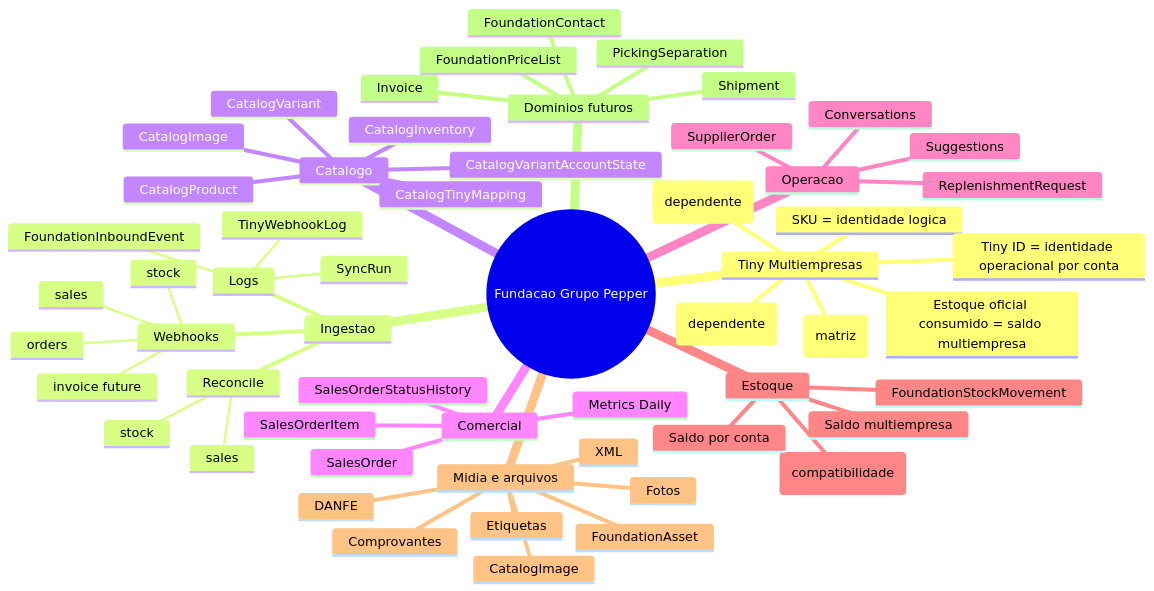
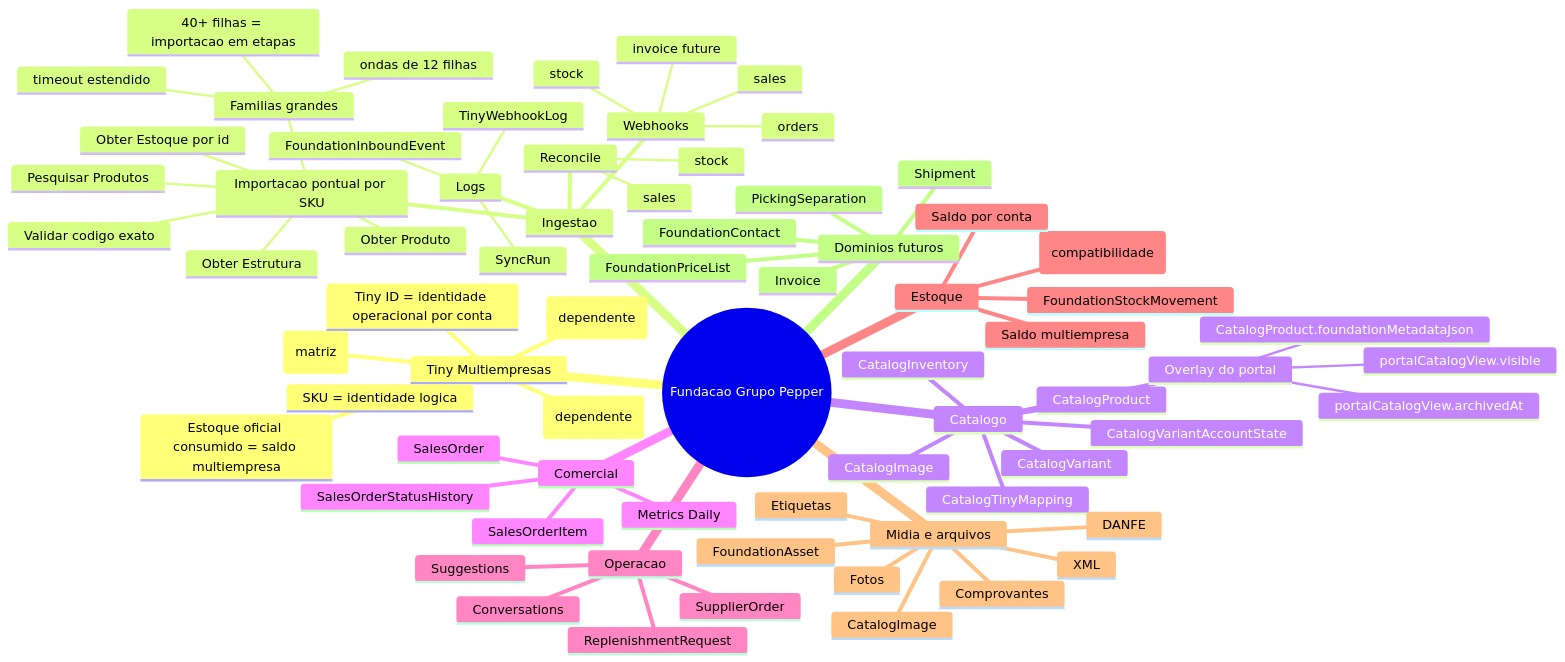
The first of 5 diagrams in docs/foundation-mental-map.md (joaobcamara/pepper-fornecedor-portal), drawn with Mermaid before and after one commit. The commit also changed other lines of this file and 68 other files, not shown here.

````diff
--- a/docs/foundation-mental-map.md
+++ b/docs/foundation-mental-map.md
@@ -7,60 +7,74 @@
 ```mermaid
 mindmap
   root((Fundacao Grupo Pepper))
     Tiny Multiempresas
       Pepper (matriz)
       Show Look (dependente)
       On Shop (dependente)
       SKU = identidade logica
       Tiny ID = identidade operacional por conta
       Estoque oficial consumido = saldo multiempresa
     Ingestao
       Webhooks
         sales
         orders
         stock
         invoice future
+      Importacao pontual por SKU
+        Pesquisar Produtos
+        Validar codigo exato
+        Obter Produto
+        Obter Estrutura
+        Obter Estoque por id
+        Familias grandes
+          40+ filhas = importacao em etapas
+          ondas de 12 filhas
+          timeout estendido
       Reconcile
         stock
         sales
       Logs
         TinyWebhookLog
         SyncRun
         FoundationInboundEvent
     Catalogo
       CatalogProduct
       CatalogVariant
       CatalogInventory
       CatalogTinyMapping
       CatalogImage
       CatalogVariantAccountState
+      Overlay do portal
+        CatalogProduct.foundationMetadataJson
+        portalCatalogView.visible
+        portalCatalogView.archivedAt
     Comercial
       SalesOrder
       SalesOrderItem
       SalesOrderStatusHistory
       Metrics Daily
     Operacao
       SupplierOrder
       ReplenishmentRequest
       Conversations
       Suggestions
     Estoque
       FoundationStockMovement
       InventorySnapshot (compatibilidade)
       Saldo por conta
       Saldo multiempresa
     Midia e arquivos
       CatalogImage
       FoundationAsset
       XML
       DANFE
       Etiquetas
       Comprovantes
       Fotos
     Dominios futuros
       FoundationContact
       FoundationPriceList
       PickingSeparation
       Shipment
       Invoice
 ```
````
